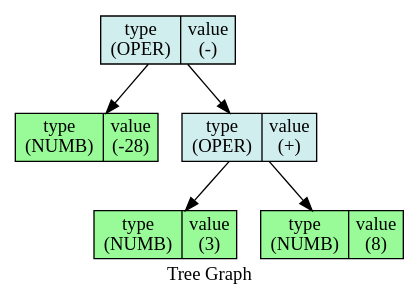
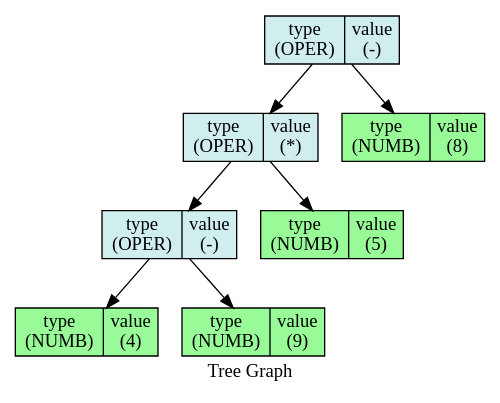
Before and after one commit to StaVan28/iLab: the diagram in 8_differentiator/Txt/dump_tree_rls.dot, drawn with Graphviz. The commit also changed 12 other files, not shown here.

```diff
--- a/8_differentiator/Txt/dump_tree_rls.dot
+++ b/8_differentiator/Txt/dump_tree_rls.dot
@@ -1,26 +1,34 @@
 digraph Tree {
 
     node [shape = "circle", style = "filled", fillcolor = "red",fontcolor = "#000000", margin = "0.01"];
     rankdir = "TB";
     label   = "Tree Graph";
 
-    "_0x4dbc868" [  label = "{ {type \n (OPER) | value\n (-)}}"fillcolor = "lightcyan2", shape = "record"];
-    "_0x4dbc868"->"_0x4dbc838";
-    "_0x4dbc868"->"_0x4dbc8c8";
+    "_0x4dbc978" [  label = "{ {type \n (OPER) | value\n (-)}}"fillcolor = "lightcyan2", shape = "record"];
+    "_0x4dbc978"->"_0x4dbc918";
+    "_0x4dbc978"->"_0x4dbc9a8";
 
 
-    "_0x4dbc838" [  label = "{ {type \n (NUMB) | value\n (-28)}}"fillcolor = "palegreen", shape = "record"];
+    "_0x4dbc918" [  label = "{ {type \n (OPER) | value\n (*)}}"fillcolor = "lightcyan2", shape = "record"];
+    "_0x4dbc918"->"_0x4dbc888";
+    "_0x4dbc918"->"_0x4dbc948";
 
 
-    "_0x4dbc8c8" [  label = "{ {type \n (OPER) | value\n (+)}}"fillcolor = "lightcyan2", shape = "record"];
-    "_0x4dbc8c8"->"_0x4dbc898";
-    "_0x4dbc8c8"->"_0x4dbc8f8";
+    "_0x4dbc888" [  label = "{ {type \n (OPER) | value\n (-)}}"fillcolor = "lightcyan2", shape = "record"];
+    "_0x4dbc888"->"_0x4dbc858";
+    "_0x4dbc888"->"_0x4dbc8b8";
 
 
-    "_0x4dbc898" [  label = "{ {type \n (NUMB) | value\n (3)}}"fillcolor = "palegreen", shape = "record"];
+    "_0x4dbc858" [  label = "{ {type \n (NUMB) | value\n (4)}}"fillcolor = "palegreen", shape = "record"];
 
 
-    "_0x4dbc8f8" [  label = "{ {type \n (NUMB) | value\n (8)}}"fillcolor = "palegreen", shape = "record"];
+    "_0x4dbc8b8" [  label = "{ {type \n (NUMB) | value\n (9)}}"fillcolor = "palegreen", shape = "record"];
+
+
+    "_0x4dbc948" [  label = "{ {type \n (NUMB) | value\n (5)}}"fillcolor = "palegreen", shape = "record"];
+
+
+    "_0x4dbc9a8" [  label = "{ {type \n (NUMB) | value\n (8)}}"fillcolor = "palegreen", shape = "record"];
 
 
 }
```
